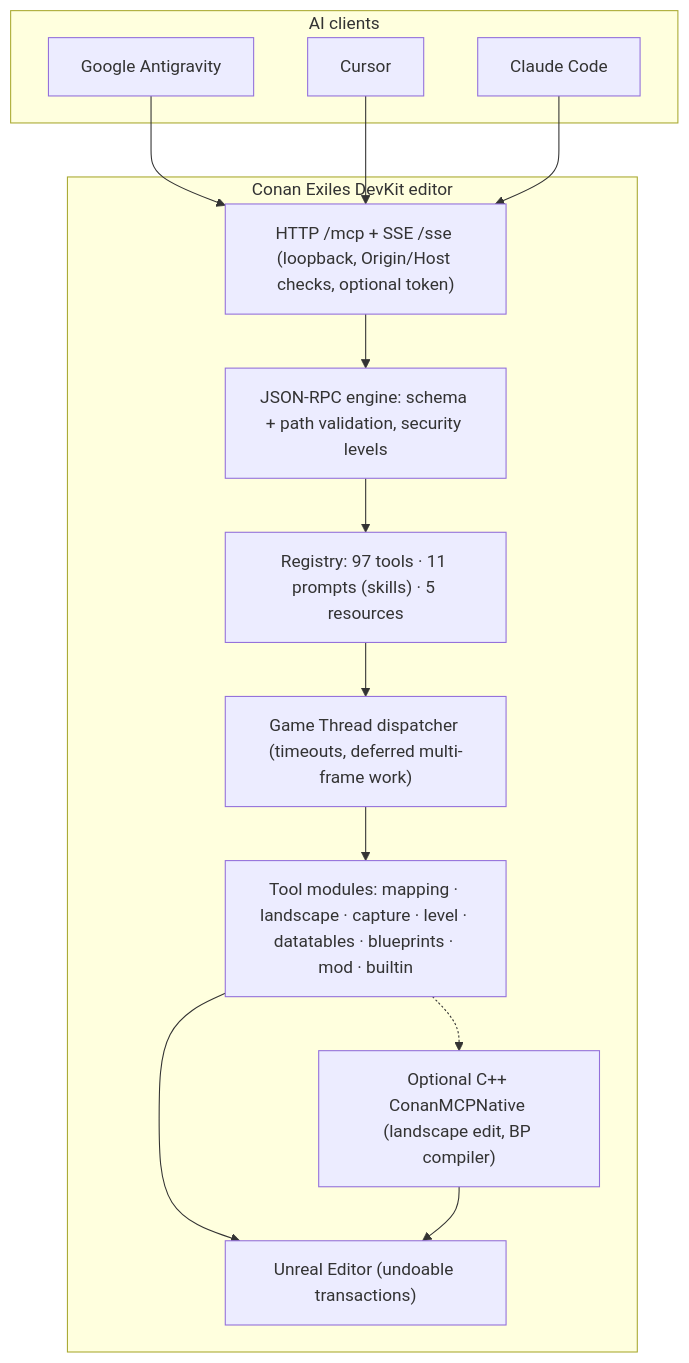
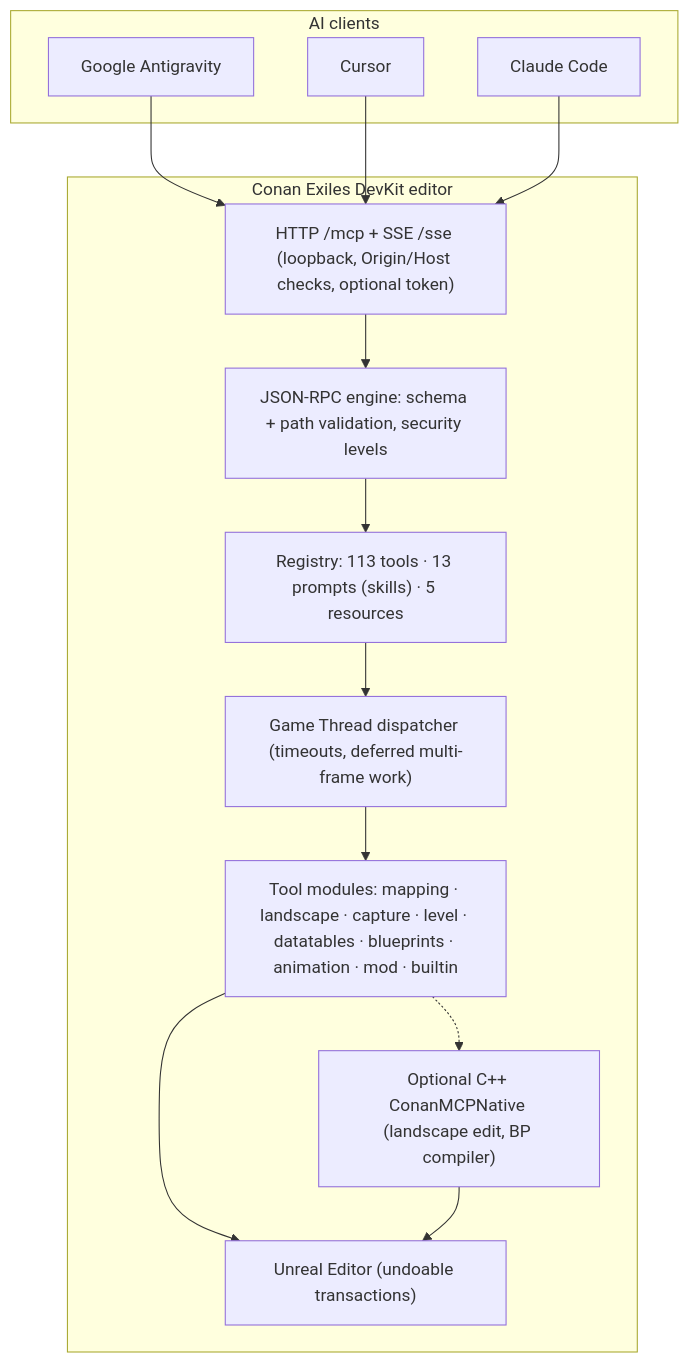
The diagram in README.md (eneko3d-code/Conan-MCP), drawn with Mermaid before and after one commit. The commit also changed other lines of this file and 25 other files, not shown here.

````diff
--- a/README.md
+++ b/README.md
@@ -222,21 +236,21 @@
 ```mermaid
 graph TD
     subgraph "AI clients"
         AG[Google Antigravity]
         CR[Cursor]
         CC[Claude Code]
     end
 
     subgraph "Conan Exiles DevKit editor"
         T["HTTP /mcp + SSE /sse (loopback, Origin/Host checks, optional token)"]
         P["JSON-RPC engine: schema + path validation, security levels"]
-        R["Registry: 97 tools · 11 prompts (skills) · 5 resources"]
+        R["Registry: 113 tools · 13 prompts (skills) · 5 resources"]
         D["Game Thread dispatcher (timeouts, deferred multi-frame work)"]
-        TL["Tool modules: mapping · landscape · capture · level · datatables · blueprints · mod · builtin"]
+        TL["Tool modules: mapping · landscape · capture · level · datatables · blueprints · animation · mod · builtin"]
         N["Optional C++ ConanMCPNative (landscape edit, BP compiler)"]
         E["Unreal Editor (undoable transactions)"]
     end
 
     AG & CR & CC --> T --> P --> R --> D --> TL --> E
     TL -.-> N --> E
 ```
````
